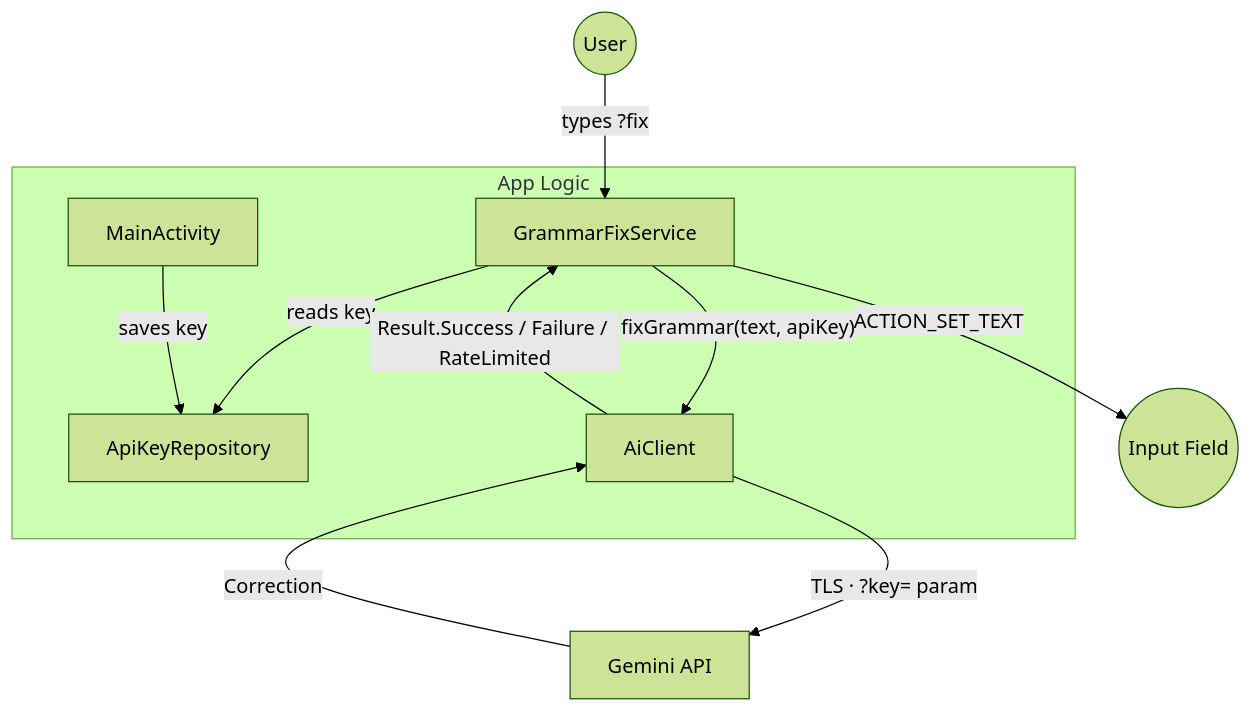
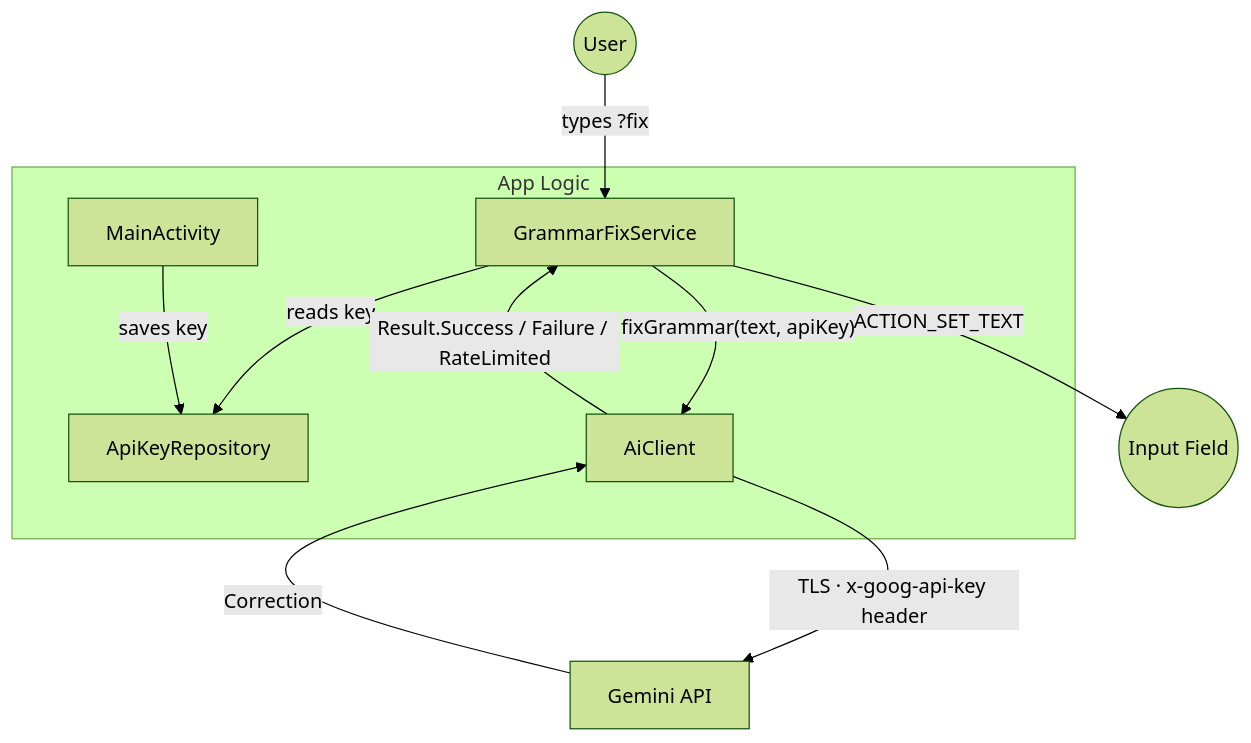
Before and after one commit to Musa-dabwe/Wordwise: the diagram in docs/ARCHITECTURE.md, drawn with Mermaid (forest theme). The commit also changed other lines of this file and 28 other files, not shown here.

````diff
--- a/docs/ARCHITECTURE.md
+++ b/docs/ARCHITECTURE.md
@@ -20,15 +20,15 @@
 ```mermaid
 graph TD
     User((User)) -- types ?fix --> GFS[GrammarFixService]
 
     subgraph App Logic
         GFS -- reads key --> AKR[ApiKeyRepository]
         GFS -- fixGrammar(text, apiKey) --> AIC[AiClient]
         MA[MainActivity] -- saves key --> AKR
     end
 
-    AIC -- TLS · ?key= param --> Gemini[Gemini API]
+    AIC -- TLS · x-goog-api-key header --> Gemini[Gemini API]
     Gemini -- Correction --> AIC
     AIC -- Result.Success / Failure / RateLimited --> GFS
     GFS -- ACTION_SET_TEXT --> Field((Input Field))
 ```
````
